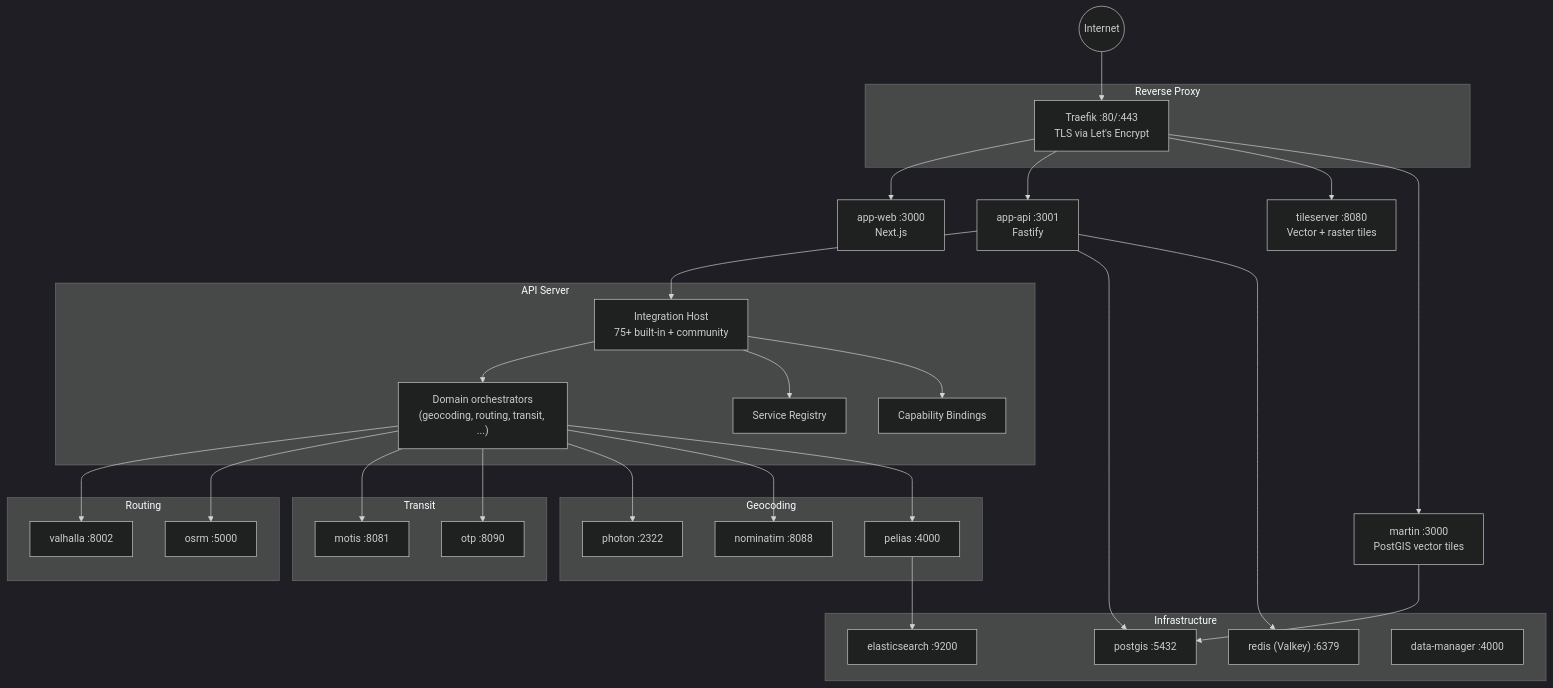
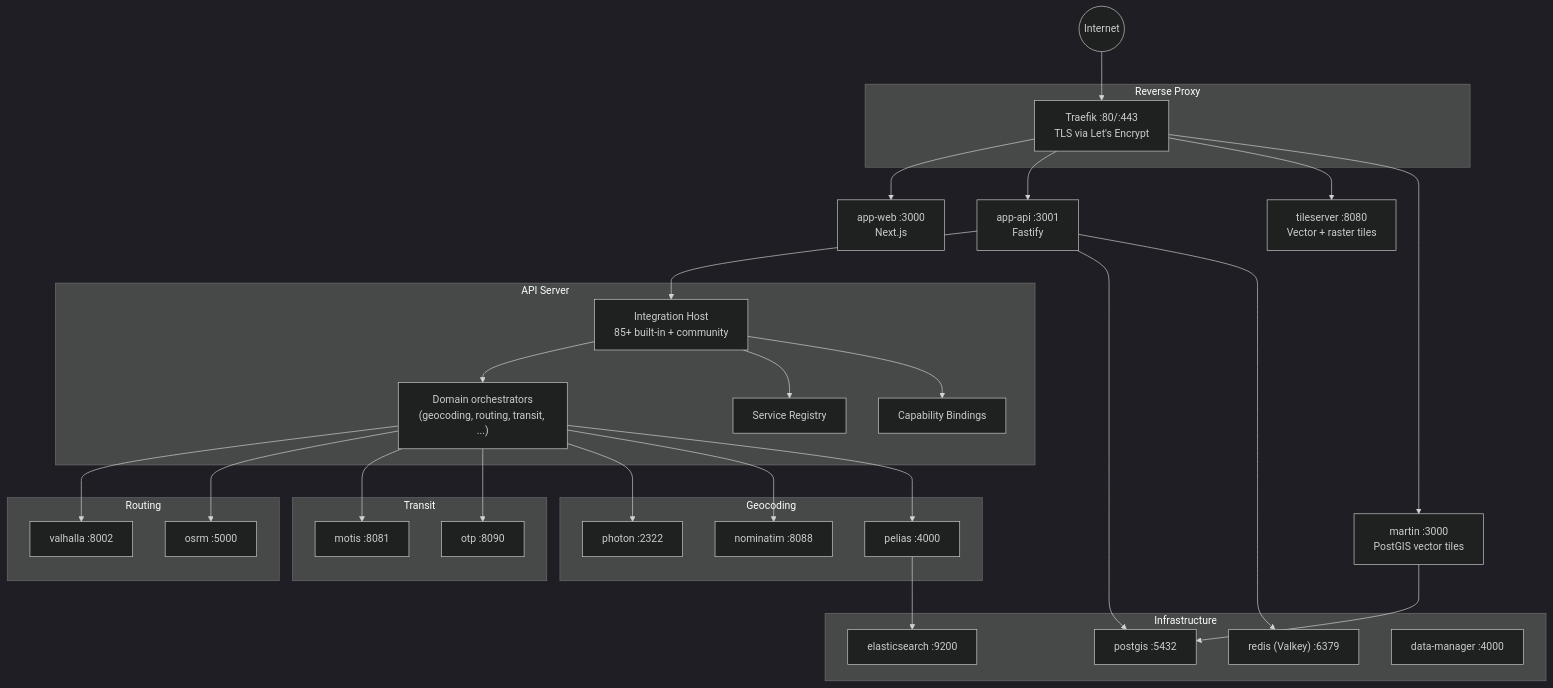
Before and after one commit to OpenMapX/openmapx: the diagram in README.md, drawn with Mermaid (dark theme). The commit also changed other lines of this file, not shown here.

Commit message:
docs(readme): bump integration count to 85+

````diff
--- a/README.md
+++ b/README.md
@@ -51,60 +51,60 @@
 ```mermaid
 graph TD
     Internet((Internet)) --> Traefik
 
     subgraph "Reverse Proxy"
         Traefik["Traefik :80/:443<br/>TLS via Let's Encrypt"]
     end
 
     Traefik --> Web["app-web :3000<br/>Next.js"]
     Traefik --> API["app-api :3001<br/>Fastify"]
     Traefik --> TileServer["tileserver :8080<br/>Vector + raster tiles"]
     Traefik --> Martin["martin :3000<br/>PostGIS vector tiles"]
 
     subgraph "API Server"
-        IntHost["Integration Host<br/>75+ built-in + community"]
+        IntHost["Integration Host<br/>85+ built-in + community"]
         Orchestrators["Domain orchestrators<br/>(geocoding, routing, transit, ...)"]
         SvcRegistry["Service Registry"]
         Bindings["Capability Bindings"]
     end
 
     API --> IntHost
     IntHost --> Orchestrators
     IntHost --> SvcRegistry
     IntHost --> Bindings
 
     subgraph "Routing"
         Valhalla["valhalla :8002"]
         OSRM["osrm :5000"]
     end
 
     subgraph "Transit"
         MOTIS["motis :8081"]
         OTP["otp :8090"]
     end
 
     subgraph "Geocoding"
         Photon["photon :2322"]
         Nominatim["nominatim :8088"]
         Pelias["pelias :4000"]
     end
 
     subgraph "Infrastructure"
         PG["postgis :5432"]
         Redis["redis (Valkey) :6379"]
         ES["elasticsearch :9200"]
         DM["data-manager :4000"]
     end
 
     Orchestrators --> Valhalla
     Orchestrators --> OSRM
     Orchestrators --> MOTIS
     Orchestrators --> OTP
     Orchestrators --> Photon
     Orchestrators --> Nominatim
     Orchestrators --> Pelias
     API --> PG
     API --> Redis
     Pelias --> ES
     Martin --> PG
 ```
````
